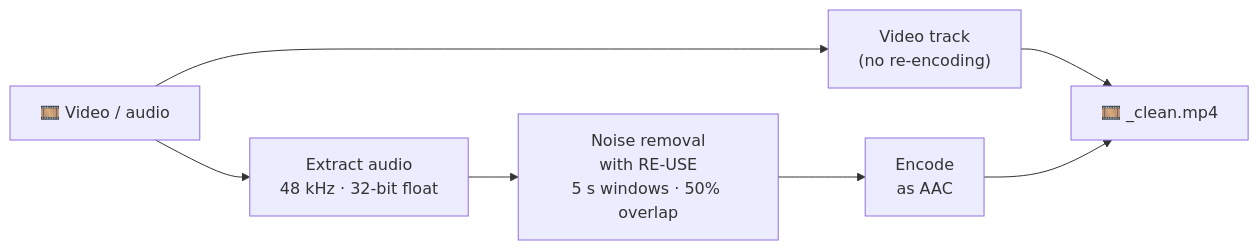
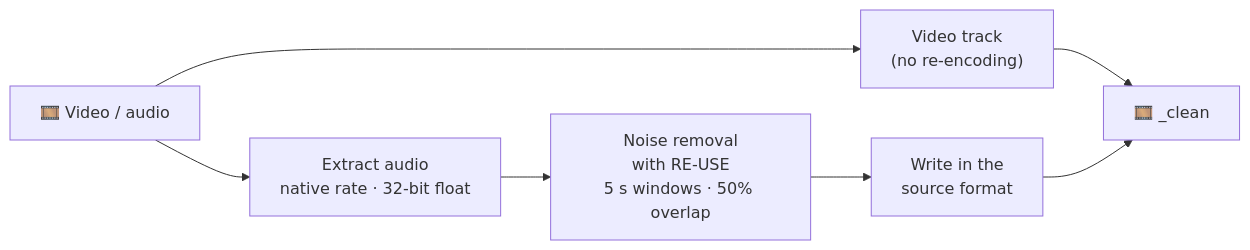
The diagram in README.en.md (wildriver/VoiceCleaner), drawn with Mermaid before and after one commit. The commit also changed other lines of this file and 2 other files, not shown here.

First line of the commit message:
Docs: describe native-rate, multichannel and lossless output; clarify model license

````diff
--- a/README.en.md
+++ b/README.en.md
@@ -63,9 +63,9 @@
 ```mermaid
 flowchart LR
-    A["🎞️ Video / audio"] --> B["Extract audio<br/>48 kHz · 32-bit float"]
+    A["🎞️ Video / audio"] --> B["Extract audio<br/>native rate · 32-bit float"]
     A --> V["Video track<br/>(no re-encoding)"]
     B --> C["Noise removal<br/>with RE-USE<br/>5 s windows · 50% overlap"]
-    C --> D["Encode<br/>as AAC"]
-    V --> E["🎞️ _clean.mp4"]
+    C --> D["Write in the<br/>source format"]
+    V --> E["🎞️ _clean"]
     D --> E
 ```
````
